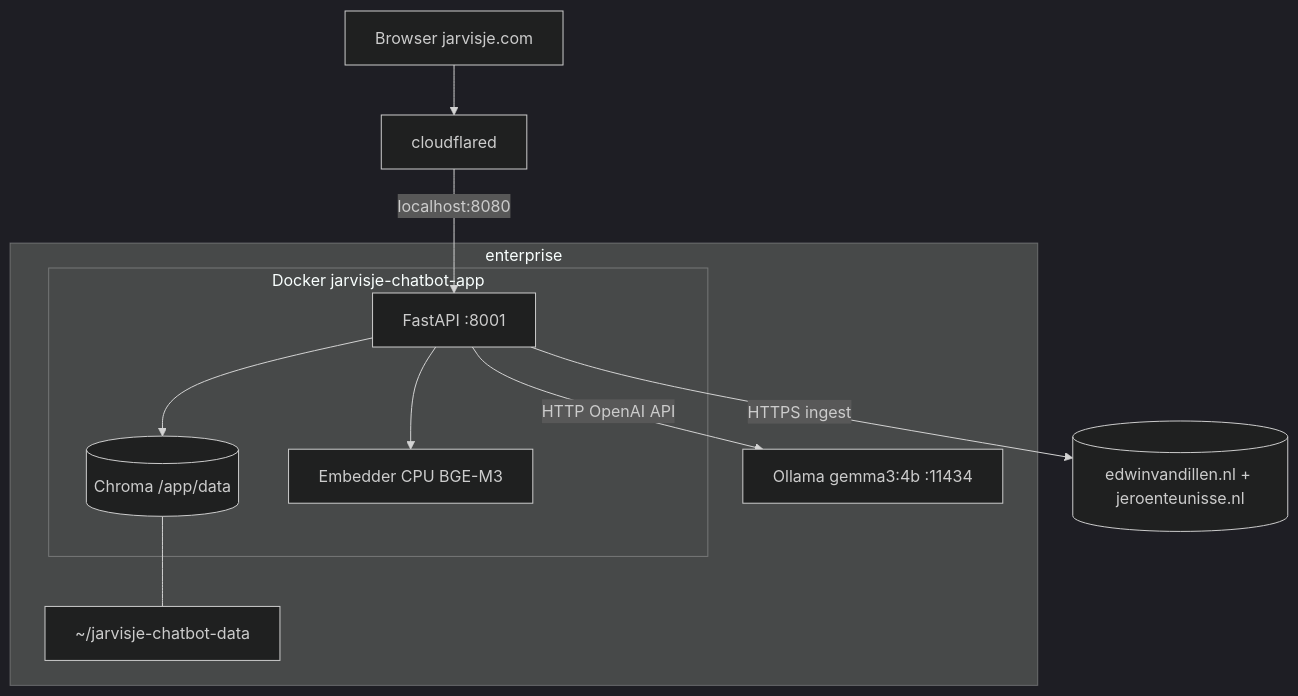
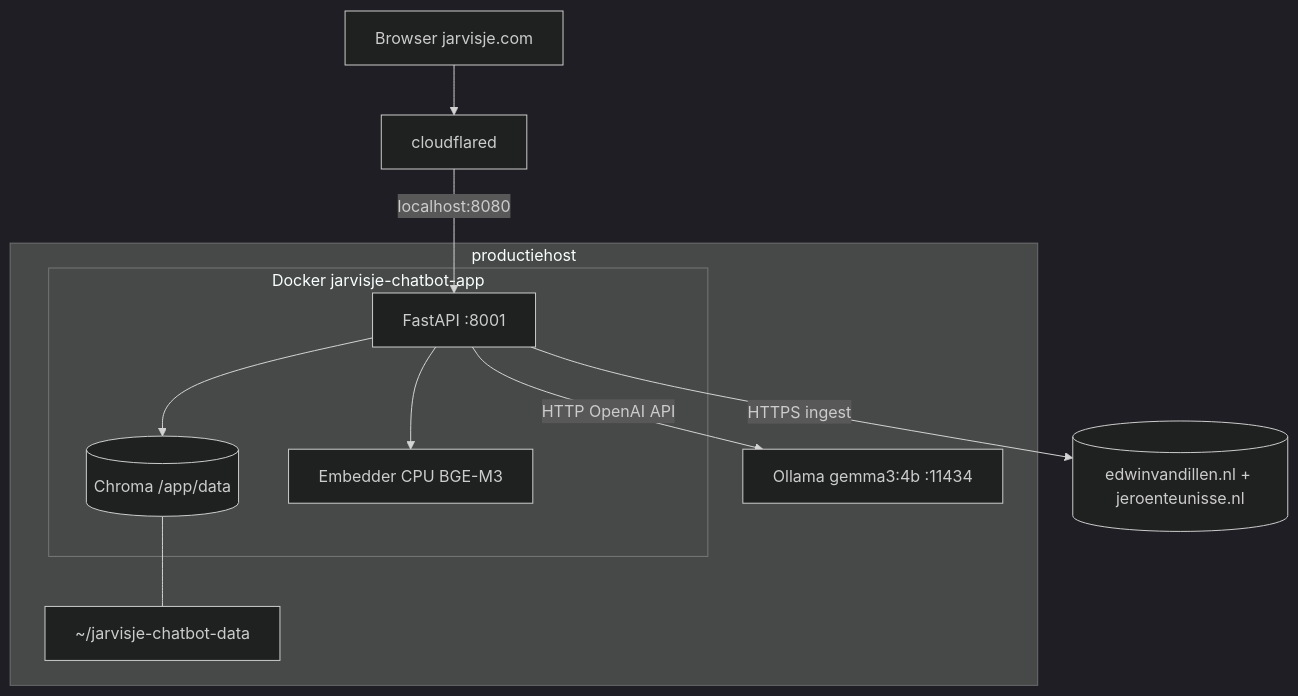
The fourth of 7 diagrams in context-space/projections/technisch-design/technisch-design.md (HobbyEd/jarvisje), drawn with Mermaid (dark theme) before and after one commit. The commit also changed other lines of this file and 37 other files, not shown here.

````diff
--- a/context-space/projections/technisch-design/technisch-design.md
+++ b/context-space/projections/technisch-design/technisch-design.md
@@ -421,22 +421,22 @@
 ```mermaid
 flowchart TB
     Browser[Browser jarvisje.com]
     CF[cloudflared]
-    subgraph host [enterprise <host>]
+    subgraph host [productiehost]
         subgraph appc [Docker jarvisje-chatbot-app]
             API[FastAPI :8001]
             CHROMA[(Chroma /app/data)]
             EMB[Embedder CPU BGE-M3]
         end
         VOL[~/jarvisje-chatbot-data]
         OLL[Ollama gemma3:4b :11434]
     end
     WEBS[(edwinvandillen.nl + jeroenteunisse.nl)]
 
     Browser --> CF -->|localhost:8080| API
     API --> CHROMA
     CHROMA --- VOL
     API --> EMB
     API -->|HTTP OpenAI API| OLL
     API -->|HTTPS ingest| WEBS
 ```
````
